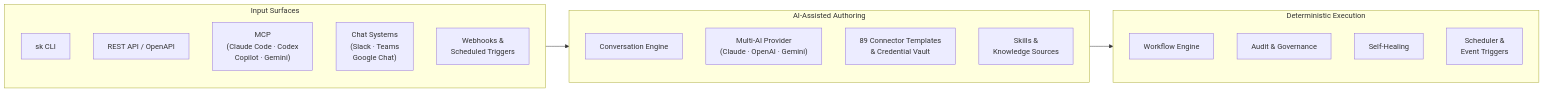
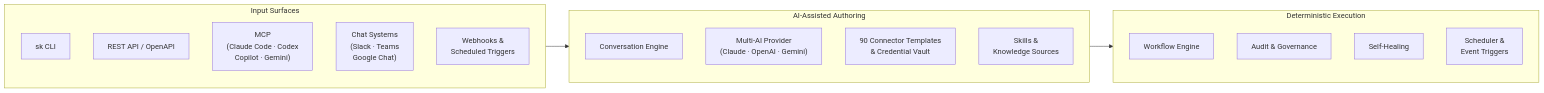
Before and after one commit to MikeBild/subkit: the diagram in README.md, drawn with Mermaid. The commit also changed other lines of this file and 48 other files, not shown here.

````diff
--- a/README.md
+++ b/README.md
@@ -15,29 +15,29 @@
 ```mermaid
 flowchart LR
     subgraph Surfaces["Input Surfaces"]
         direction TB
         CLI["sk CLI"]
         API["REST API / OpenAPI"]
         MCP["MCP\n(Claude Code · Codex\nCopilot · Gemini)"]
         Chat["Chat Systems\n(Slack · Teams\nGoogle Chat)"]
         WH["Webhooks &\nScheduled Triggers"]
     end
 
     subgraph Authoring["AI-Assisted Authoring"]
         direction TB
         Conv["Conversation Engine"]
         AI["Multi-AI Provider\n(Claude · OpenAI · Gemini)"]
-        Conn["89 Connector Templates\n& Credential Vault"]
+        Conn["90 Connector Templates\n& Credential Vault"]
         Skills["Skills &\nKnowledge Sources"]
     end
 
     subgraph Execution["Deterministic Execution"]
         direction TB
         WF["Workflow Engine"]
         Gov["Audit & Governance"]
         Heal["Self-Healing"]
         Sched["Scheduler &\nEvent Triggers"]
     end
 
     Surfaces --> Authoring --> Execution
 ```
````
